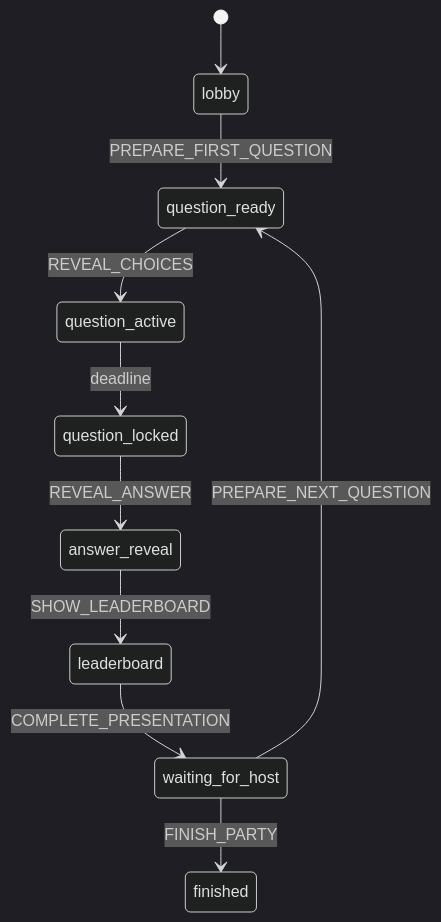
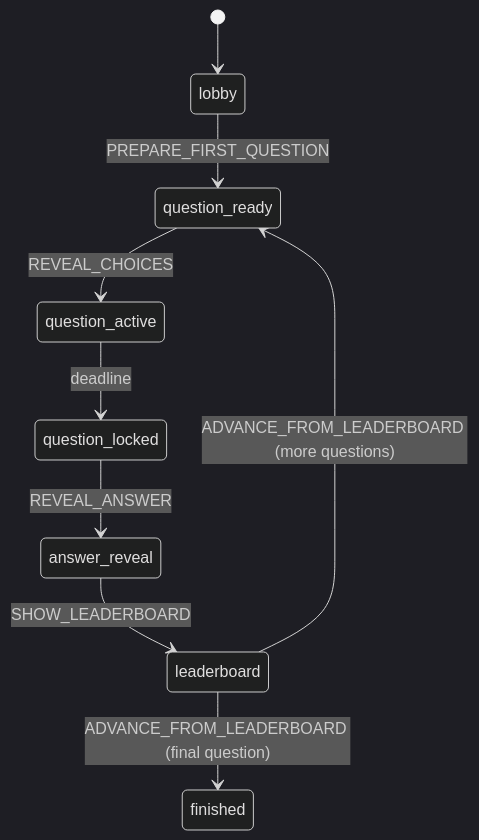
One commit to ianvu17/hanfirstbirthday changed the second of 2 diagrams in docs/ARCHITECTURE.md. Above: the diagram before and after it, drawn with Mermaid (dark theme). The commit also changed other lines of this file and 40 other files, not shown here.

Commit message:
Polish final party gameplay flow

````diff
--- a/docs/ARCHITECTURE.md
+++ b/docs/ARCHITECTURE.md
@@ -270,12 +271,11 @@
 ```mermaid
 stateDiagram-v2
   [*] --> lobby
   lobby --> question_ready: PREPARE_FIRST_QUESTION
   question_ready --> question_active: REVEAL_CHOICES
   question_active --> question_locked: deadline
   question_locked --> answer_reveal: REVEAL_ANSWER
   answer_reveal --> leaderboard: SHOW_LEADERBOARD
-  leaderboard --> waiting_for_host: COMPLETE_PRESENTATION
-  waiting_for_host --> question_ready: PREPARE_NEXT_QUESTION
-  waiting_for_host --> finished: FINISH_PARTY
+  leaderboard --> question_ready: ADVANCE_FROM_LEADERBOARD (more questions)
+  leaderboard --> finished: ADVANCE_FROM_LEADERBOARD (final question)
 ```
````
